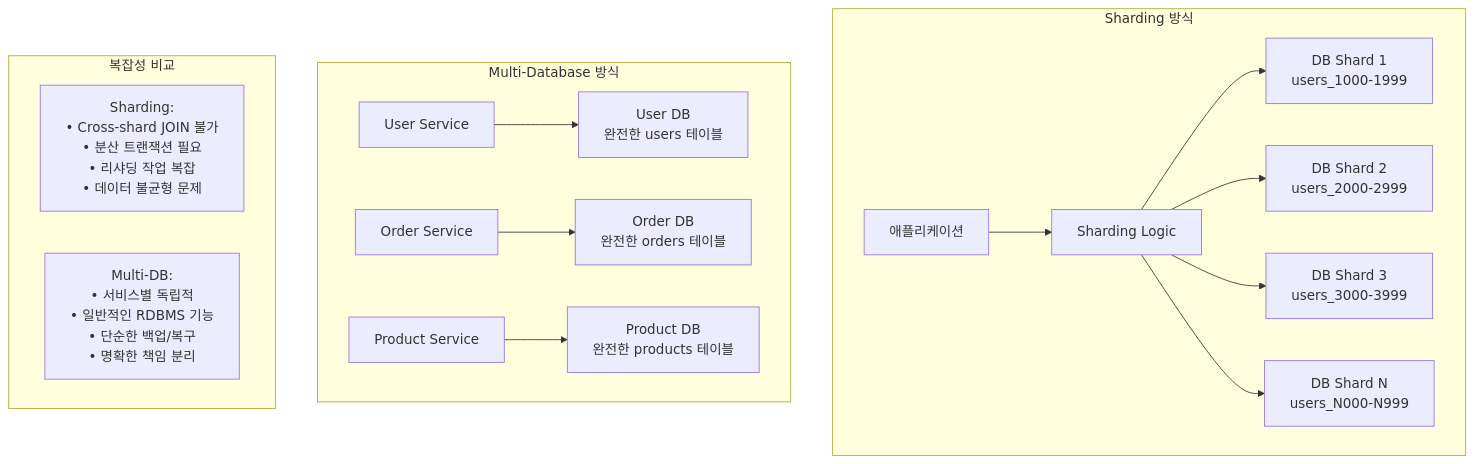
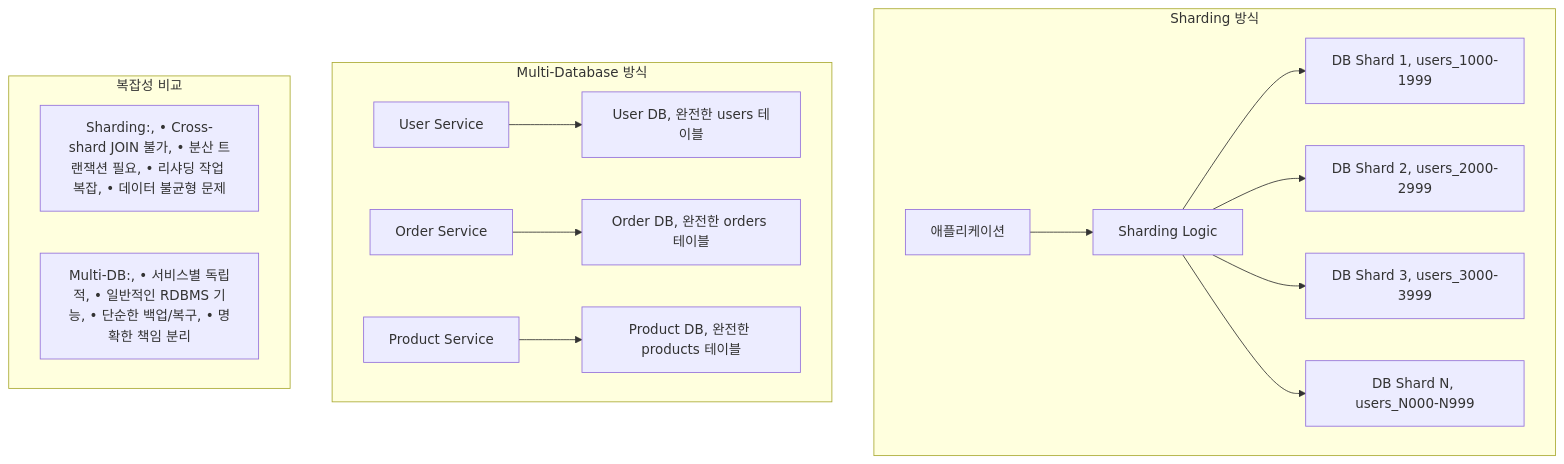
The third of 3 diagrams in docs/db/rds-auto-increment.md (choru-k/choru-wiki), drawn with Mermaid before and after one commit. The commit also changed other lines of this file and 9 other files, not shown here.

````diff
--- a/docs/db/rds-auto-increment.md
+++ b/docs/db/rds-auto-increment.md
@@ -714,29 +714,29 @@
 ```mermaid
 graph TB
     subgraph "Sharding 방식"
         A1[애플리케이션] 
         A2[Sharding Logic]
-        A3[DB Shard 1<br/>users_1000-1999]
-        A4[DB Shard 2<br/>users_2000-2999]  
-        A5[DB Shard 3<br/>users_3000-3999]
-        A6[DB Shard N<br/>users_N000-N999]
+        A3["DB Shard 1, users_1000-1999"]
+        A4["DB Shard 2, users_2000-2999"]  
+        A5["DB Shard 3, users_3000-3999"]
+        A6["DB Shard N, users_N000-N999"]
         
         A1 --> A2
         A2 --> A3
         A2 --> A4  
         A2 --> A5
         A2 --> A6
     end
     
     subgraph "Multi-Database 방식"
-        B1[User Service] --> B2[User DB<br/>완전한 users 테이블]
-        B3[Order Service] --> B4[Order DB<br/>완전한 orders 테이블]
-        B5[Product Service] --> B6[Product DB<br/>완전한 products 테이블]
+        B1[User Service] --> B2["User DB, 완전한 users 테이블"]
+        B3[Order Service] --> B4["Order DB, 완전한 orders 테이블"]
+        B5[Product Service] --> B6["Product DB, 완전한 products 테이블"]
     end
     
     subgraph "복잡성 비교"
-        C1["Sharding:<br/>• Cross-shard JOIN 불가<br/>• 분산 트랜잭션 필요<br/>• 리샤딩 작업 복잡<br/>• 데이터 불균형 문제"]
+        C1["Sharding:, • Cross-shard JOIN 불가, • 분산 트랜잭션 필요, • 리샤딩 작업 복잡, • 데이터 불균형 문제"]
         
-        C2["Multi-DB:<br/>• 서비스별 독립적<br/>• 일반적인 RDBMS 기능<br/>• 단순한 백업/복구<br/>• 명확한 책임 분리"]
+        C2["Multi-DB:, • 서비스별 독립적, • 일반적인 RDBMS 기능, • 단순한 백업/복구, • 명확한 책임 분리"]
     end
 ```
````
